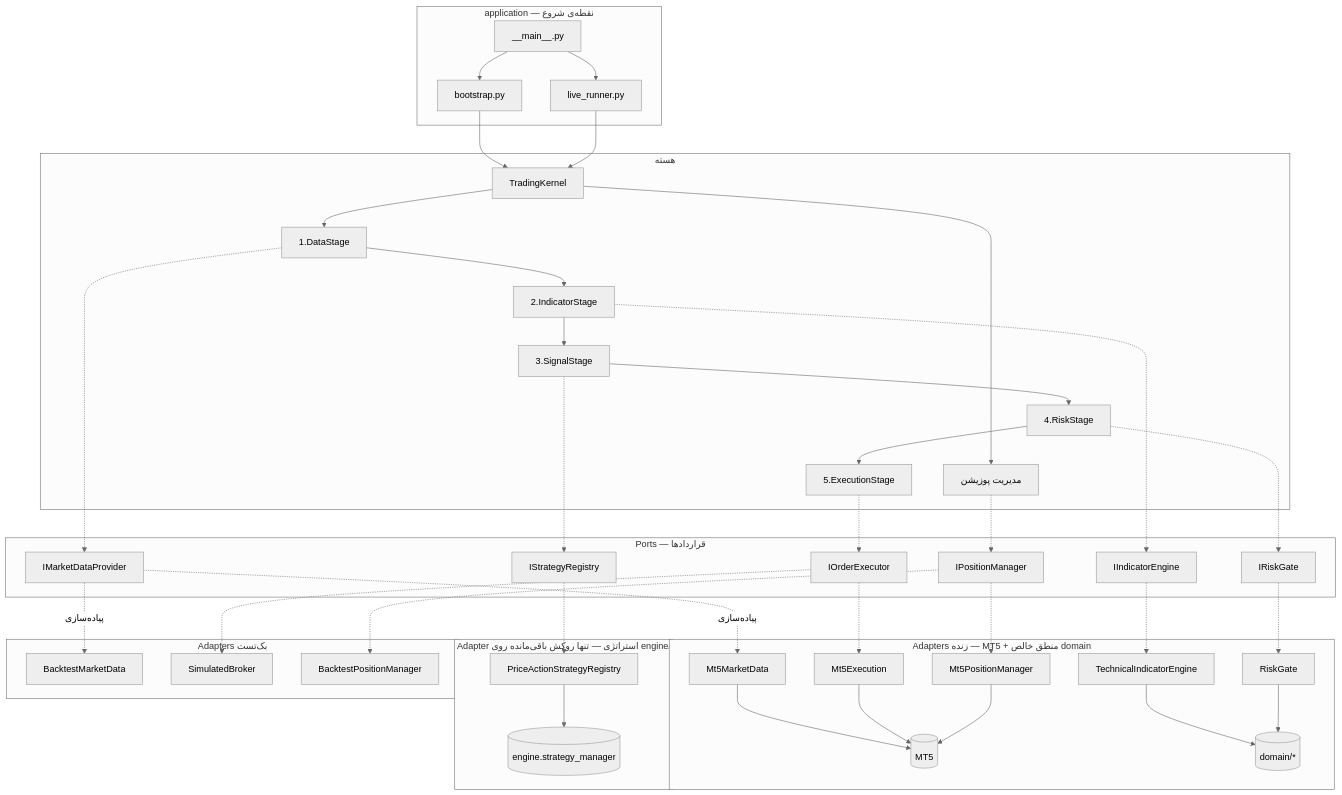
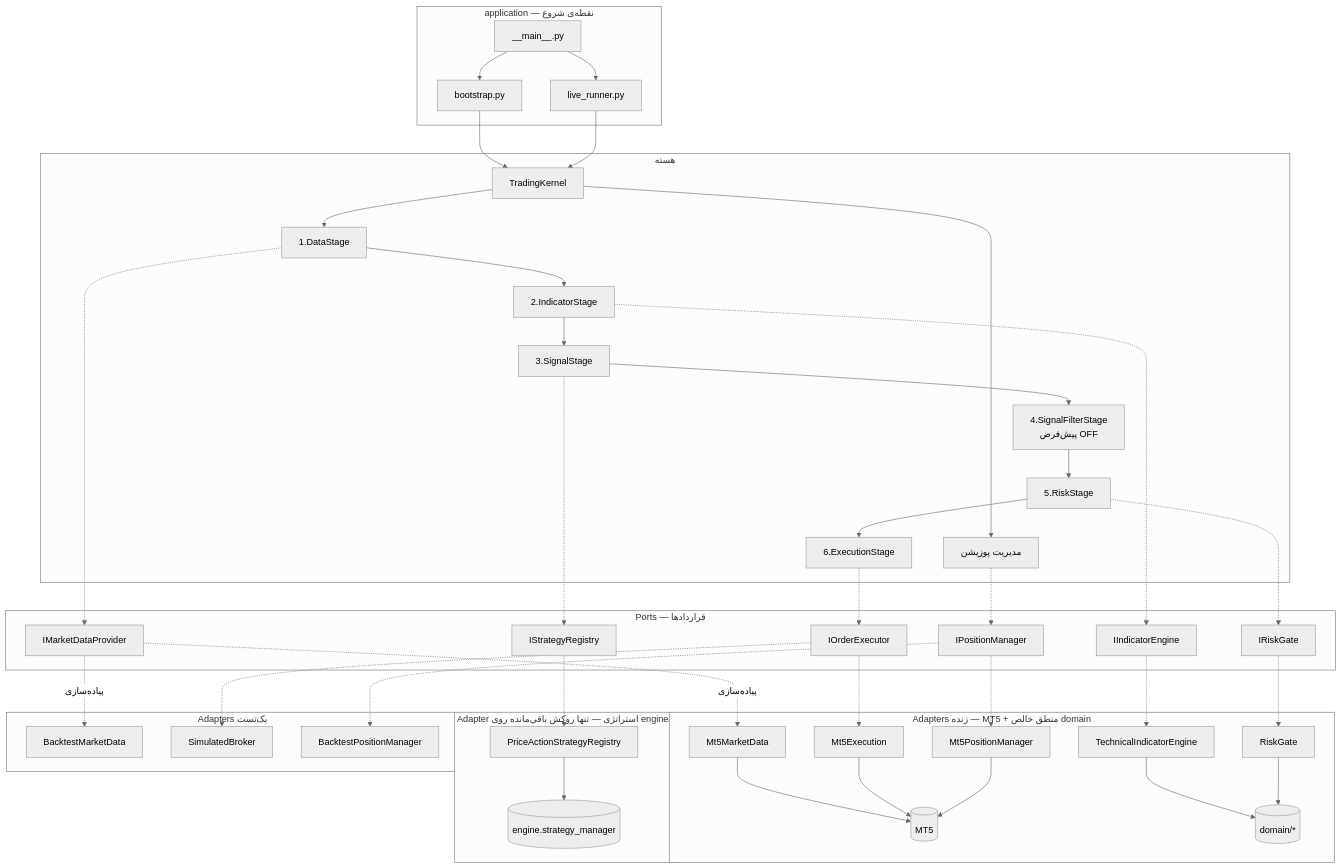
Before and after one commit to arasto007/trading-bot: the first of 2 diagrams in docs/ONBOARDING_FA.md, drawn with Mermaid (neutral theme). The commit also changed other lines of this file and 171 other files, not shown here.

````diff
--- a/docs/ONBOARDING_FA.md
+++ b/docs/ONBOARDING_FA.md
@@ -95,58 +98,58 @@
 ```mermaid
 flowchart TB
     subgraph app[application — نقطه‌ی شروع]
         M[__main__.py] --> BS[bootstrap.py]
         M --> LR[live_runner.py]
     end
 
     subgraph core[هسته]
         K[TradingKernel]
-        P1[1.DataStage] --> P2[2.IndicatorStage] --> P3[3.SignalStage] --> P4[4.RiskStage] --> P5[5.ExecutionStage]
+        P1[1.DataStage] --> P2[2.IndicatorStage] --> P3[3.SignalStage] --> P3b[4.SignalFilterStage<br/>پیش‌فرض OFF] --> P4[5.RiskStage] --> P5[6.ExecutionStage]
         K --> P1
         K --> PM[مدیریت پوزیشن]
     end
 
     BS --> K
     LR --> K
 
     subgraph ports[Ports — قراردادها]
         MD[IMarketDataProvider]
         IND[IIndicatorEngine]
         STR[IStrategyRegistry]
         RSK[IRiskGate]
         EXE[IOrderExecutor]
         POS[IPositionManager]
     end
 
     P1 -.-> MD
     P2 -.-> IND
     P3 -.-> STR
     P4 -.-> RSK
     P5 -.-> EXE
     PM -.-> POS
 
     subgraph live[Adapters زنده — MT5 + منطق خالص domain]
         AMD[Mt5MarketData] --> MT5[(MT5)]
         AEXE[Mt5Execution] --> MT5
         APM[Mt5PositionManager] --> MT5
         AIND[TechnicalIndicatorEngine] --> DOM[(domain/*)]
         ARSK[RiskGate] --> DOM
     end
 
     subgraph strat[Adapter استراتژی — تنها روکش باقی‌مانده روی engine/]
         LSTR[PriceActionStrategyRegistry] --> ENG[(engine.strategy_manager)]
     end
 
     subgraph bt[Adapters بک‌تست]
         BMD[BacktestMarketData]
         BEXE[SimulatedBroker]
         BPM[BacktestPositionManager]
     end
 
     MD -.پیاده‌سازی.-> AMD & BMD
     EXE -.-> AEXE & BEXE
     IND -.-> AIND
     STR -.-> LSTR
     RSK -.-> ARSK
     POS -.-> APM & BPM
 ```
````
